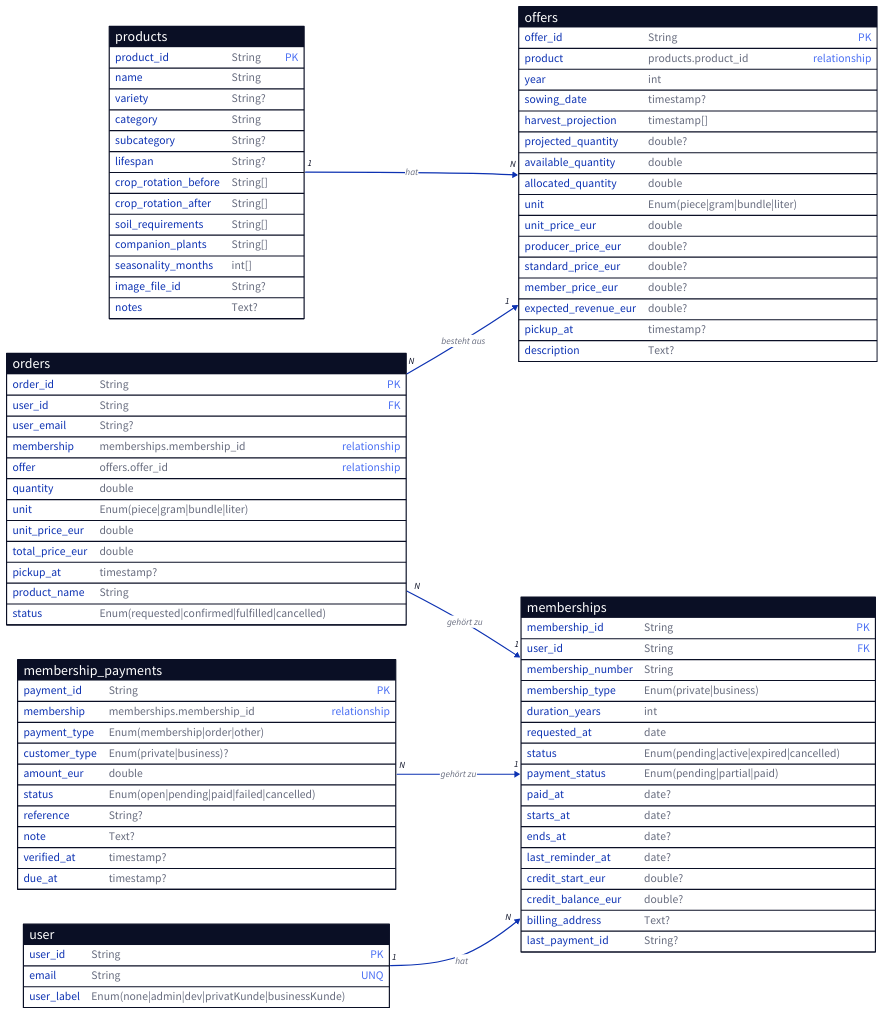
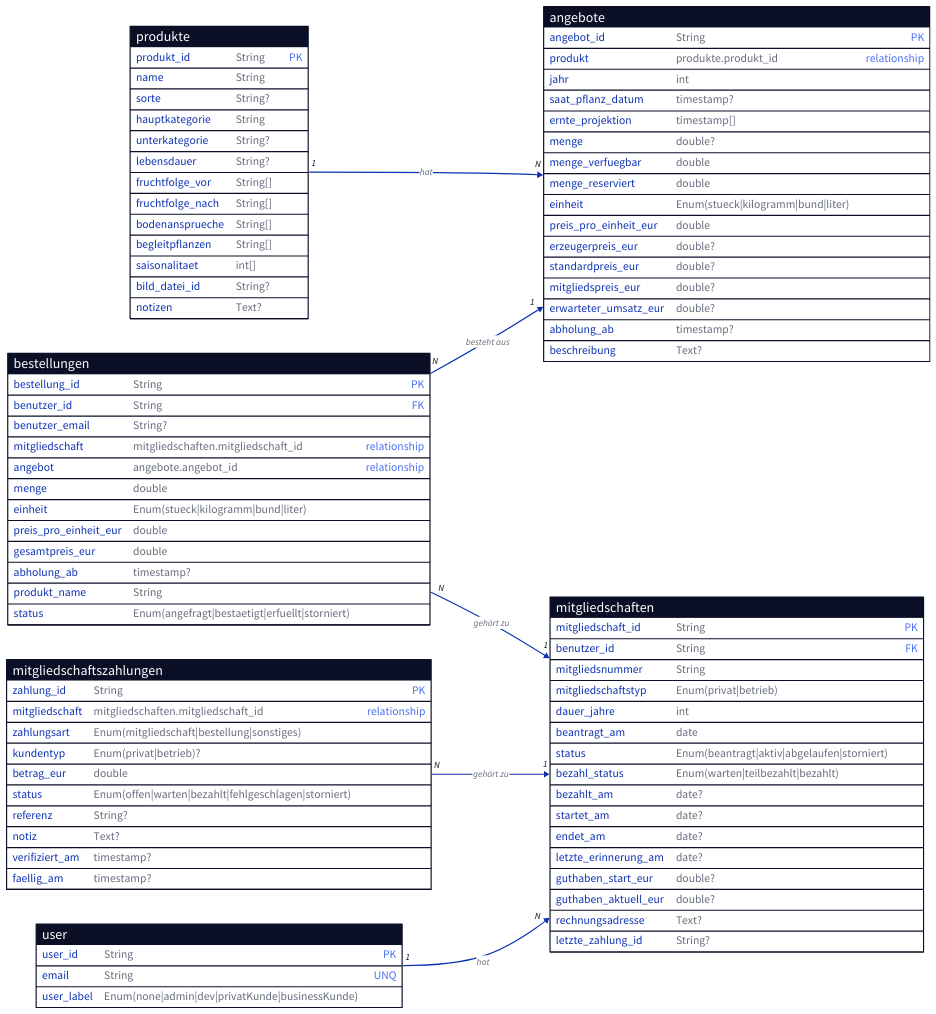
The diagram in functions/database_tables.d2 (floherzler/agroforst-ff), drawn with D2 before and after one commit. The commit also changed 12 other files, not shown here.

Commit message:
Migrate Appwrite backend to German schema

```diff
--- a/functions/database_tables.d2
+++ b/functions/database_tables.d2
@@ -1,125 +1,125 @@
 direction: right
-products: {
+produkte: {
   shape: sql_table
 
-  product_id: String {constraint: primary_key}
+  produkt_id: String {constraint: primary_key}
   name: String
-  variety: String?
-  category: String
-  subcategory: String?
-  lifespan: String?
-  crop_rotation_before: "String[]"
-  crop_rotation_after: "String[]"
-  soil_requirements: "String[]"
-  companion_plants: "String[]"
-  seasonality_months: "int[]"
-  image_file_id: String?
-  notes: Text?
+  sorte: String?
+  hauptkategorie: String
+  unterkategorie: String?
+  lebensdauer: String?
+  fruchtfolge_vor: "String[]"
+  fruchtfolge_nach: "String[]"
+  bodenansprueche: "String[]"
+  begleitpflanzen: "String[]"
+  saisonalitaet: "int[]"
+  bild_datei_id: String?
+  notizen: Text?
 }
 
-offers: {
+angebote: {
   shape: sql_table
 
-  offer_id: String {constraint: primary_key}
-  product: products.product_id {constraint: relationship}
-  year: int
-  sowing_date: timestamp?
-  harvest_projection: "timestamp[]"
-  projected_quantity: double?
-  available_quantity: double
-  allocated_quantity: double
-  unit: Enum(piece|gram|bundle|liter)
-  unit_price_eur: double
-  producer_price_eur: double?
-  standard_price_eur: double?
-  member_price_eur: double?
-  expected_revenue_eur: double?
-  pickup_at: timestamp?
-  description: Text?
+  angebot_id: String {constraint: primary_key}
+  produkt: produkte.produkt_id {constraint: relationship}
+  jahr: int
+  saat_pflanz_datum: timestamp?
+  ernte_projektion: "timestamp[]"
+  menge: double?
+  menge_verfuegbar: double
+  menge_reserviert: double
+  einheit: Enum(stueck|kilogramm|bund|liter)
+  preis_pro_einheit_eur: double
+  erzeugerpreis_eur: double?
+  standardpreis_eur: double?
+  mitgliedspreis_eur: double?
+  erwarteter_umsatz_eur: double?
+  abholung_ab: timestamp?
+  beschreibung: Text?
 }
 
-memberships: {
+mitgliedschaften: {
   shape: sql_table
 
-  membership_id: String {constraint: primary_key}
-  user_id: String {constraint: foreign_key}
-  membership_number: String
-  membership_type: Enum(private|business)
-  duration_years: int
-  requested_at: date
-  status: Enum(pending|active|expired|cancelled)
-  payment_status: Enum(pending|partial|paid)
-  paid_at: date?
-  starts_at: date?
-  ends_at: date?
-  last_reminder_at: date?
-  credit_start_eur: double?
-  credit_balance_eur: double?
-  billing_address: Text?
-  last_payment_id: String?
+  mitgliedschaft_id: String {constraint: primary_key}
+  benutzer_id: String {constraint: foreign_key}
+  mitgliedsnummer: String
+  mitgliedschaftstyp: Enum(privat|betrieb)
+  dauer_jahre: int
+  beantragt_am: date
+  status: Enum(beantragt|aktiv|abgelaufen|storniert)
+  bezahl_status: Enum(warten|teilbezahlt|bezahlt)
+  bezahlt_am: date?
+  startet_am: date?
+  endet_am: date?
+  letzte_erinnerung_am: date?
+  guthaben_start_eur: double?
+  guthaben_aktuell_eur: double?
+  rechnungsadresse: Text?
+  letzte_zahlung_id: String?
 }
 
-membership_payments: {
+mitgliedschaftszahlungen: {
   shape: sql_table
 
-  payment_id: String {constraint: primary_key}
-  membership: memberships.membership_id {constraint: relationship}
-  payment_type: Enum(membership|order|other)
-  customer_type: Enum(private|business)?
-  amount_eur: double
-  status: Enum(open|pending|paid|failed|cancelled)
-  reference: String?
-  note: Text?
-  verified_at: timestamp?
-  due_at: timestamp?
+  zahlung_id: String {constraint: primary_key}
+  mitgliedschaft: mitgliedschaften.mitgliedschaft_id {constraint: relationship}
+  zahlungsart: Enum(mitgliedschaft|bestellung|sonstiges)
+  kundentyp: Enum(privat|betrieb)?
+  betrag_eur: double
+  status: Enum(offen|warten|bezahlt|fehlgeschlagen|storniert)
+  referenz: String?
+  notiz: Text?
+  verifiziert_am: timestamp?
+  faellig_am: timestamp?
 }
 
-orders: {
+bestellungen: {
   shape: sql_table
 
-  order_id: String {constraint: primary_key}
-  user_id: String {constraint: foreign_key}
-  user_email: String?
-  membership: memberships.membership_id {constraint: relationship}
-  offer: offers.offer_id {constraint: relationship}
-  quantity: double
-  unit: Enum(piece|gram|bundle|liter)
-  unit_price_eur: double
-  total_price_eur: double
-  pickup_at: timestamp?
-  product_name: String
-  status: Enum(requested|confirmed|fulfilled|cancelled)
+  bestellung_id: String {constraint: primary_key}
+  benutzer_id: String {constraint: foreign_key}
+  benutzer_email: String?
+  mitgliedschaft: mitgliedschaften.mitgliedschaft_id {constraint: relationship}
+  angebot: angebote.angebot_id {constraint: relationship}
+  menge: double
+  einheit: Enum(stueck|kilogramm|bund|liter)
+  preis_pro_einheit_eur: double
+  gesamtpreis_eur: double
+  abholung_ab: timestamp?
+  produkt_name: String
+  status: Enum(angefragt|bestaetigt|erfuellt|storniert)
 }
 
 user: {
   shape: sql_table
 
   user_id: String {constraint: primary_key}
   email: String {constraint: unique}
   user_label: Enum(none|admin|dev|privatKunde|businessKunde)
 }
 
-products -> offers: hat {
+produkte -> angebote: hat {
   source-arrowhead: 1
   target-arrowhead: N
 }
 
-orders -> memberships: gehört zu {
+bestellungen -> mitgliedschaften: gehört zu {
   source-arrowhead: N
   target-arrowhead: 1
 }
 
-orders -> offers: besteht aus {
+bestellungen -> angebote: besteht aus {
   source-arrowhead: N
   target-arrowhead: 1
 }
 
-membership_payments -> memberships: gehört zu {
+mitgliedschaftszahlungen -> mitgliedschaften: gehört zu {
   source-arrowhead: N
   target-arrowhead: 1
 }
 
-user -> memberships: hat {
+user -> mitgliedschaften: hat {
   source-arrowhead: 1
   target-arrowhead: N
 }
```
